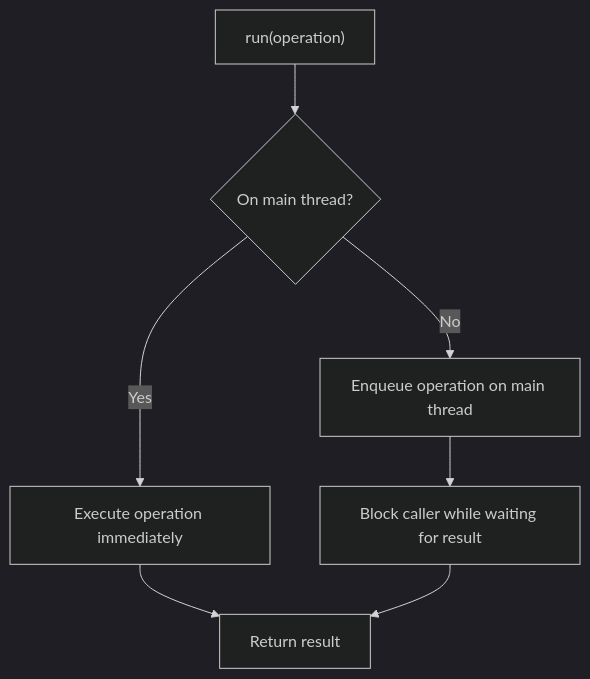
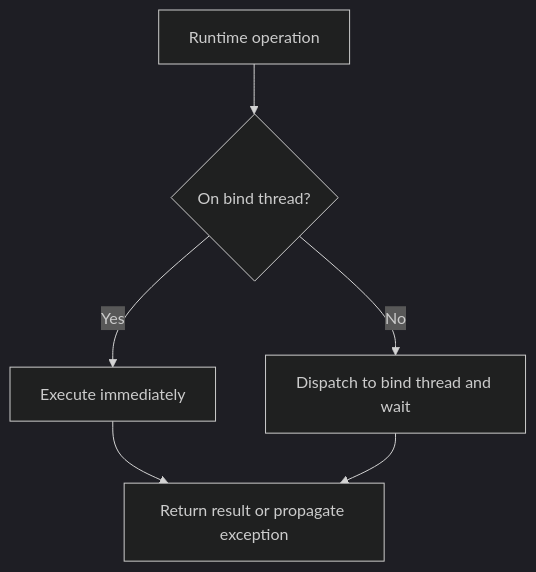
The second of 2 diagrams in docs/arkts_runtime_design_simple_model.md (CJPLUK/cangjie_extern), drawn with Mermaid (dark theme) before and after one commit. The commit also changed other lines of this file, not shown here.

````diff
--- a/docs/arkts_runtime_design_simple_model.md
+++ b/docs/arkts_runtime_design_simple_model.md
@@ -207,9 +175,8 @@
 ```mermaid
 flowchart TD
-    RUN["run(operation)"] --> MAIN{"On main thread?"}
-    MAIN -->|Yes| DIRECT["Execute operation immediately"]
-    MAIN -->|No| ENQUEUE["Enqueue operation on main thread"]
-    ENQUEUE --> WAIT["Block caller while waiting for result"]
-    DIRECT --> RESULT["Return result"]
-    WAIT --> RESULT
+    CALL["Runtime operation"] --> BIND{"On bind thread?"}
+    BIND -->|Yes| DIRECT["Execute immediately"]
+    BIND -->|No| DISPATCH["Dispatch to bind thread and wait"]
+    DIRECT --> RESULT["Return result or propagate exception"]
+    DISPATCH --> RESULT
 ```
````
